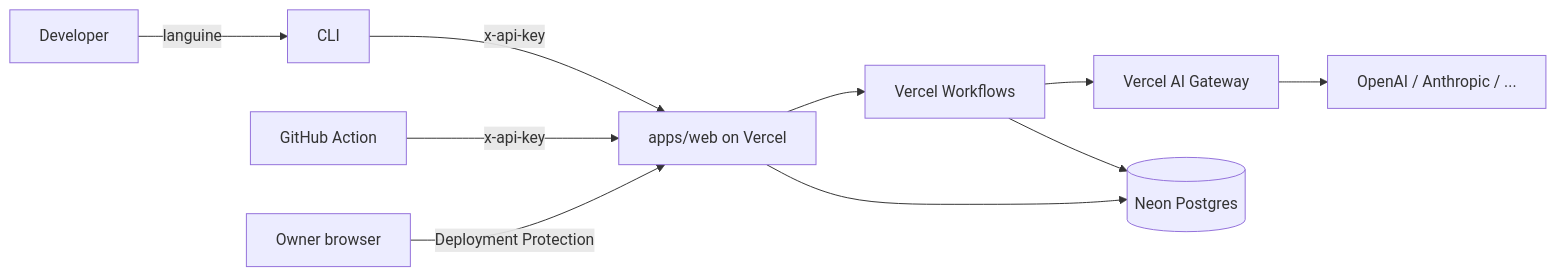
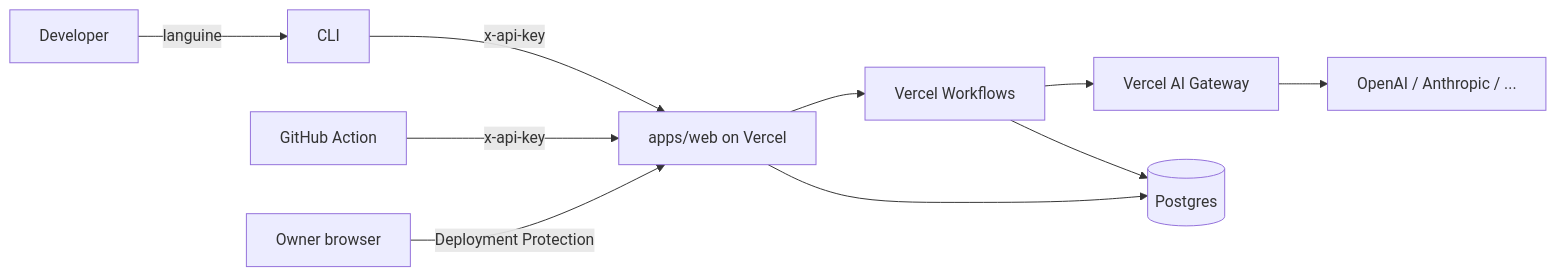
One commit to languine-ai/languine changed the diagram in README.md. Above: the diagram before and after it, drawn with Mermaid. The commit also changed other lines of this file, not shown here.

First line of the commit message:
docs: drop Neon from README copy, keep deploy auto-pick

````diff
--- a/README.md
+++ b/README.md
@@ -95,12 +95,12 @@
 ```mermaid
 flowchart LR
   Dev[Developer] -->|languine| CLI
   GHA[GitHub Action] -->|x-api-key| Web
   CLI -->|x-api-key| Web[apps/web on Vercel]
   Web --> Workflows[Vercel Workflows]
   Workflows --> Gateway[Vercel AI Gateway]
   Gateway --> Models[OpenAI / Anthropic / ...]
-  Web --> Neon[(Neon Postgres)]
-  Workflows --> Neon
+  Web --> DB[(Postgres)]
+  Workflows --> DB
   Owner[Owner browser] -->|Deployment Protection| Web
 ```
````
